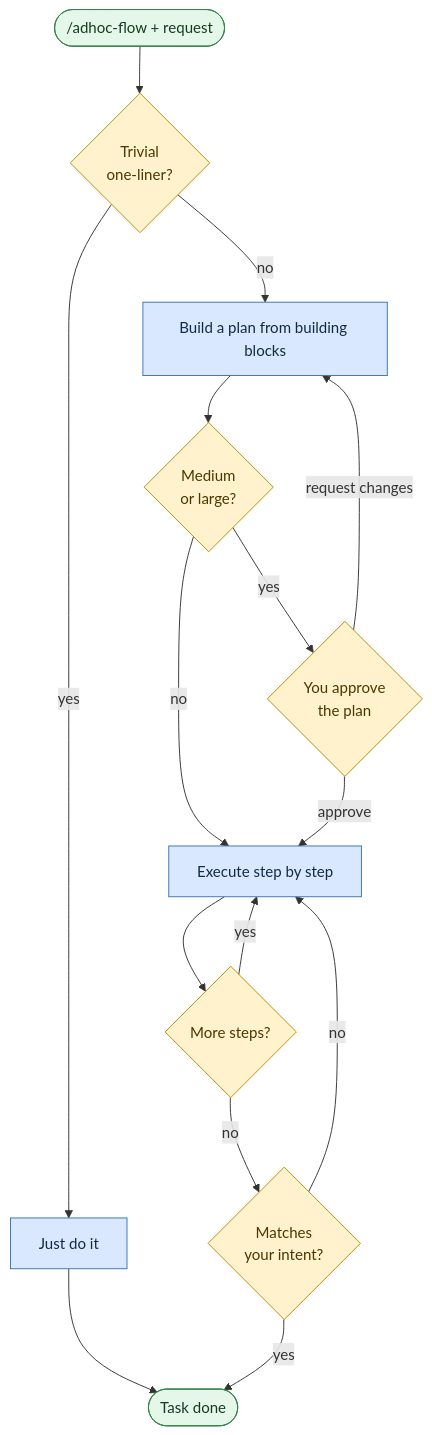
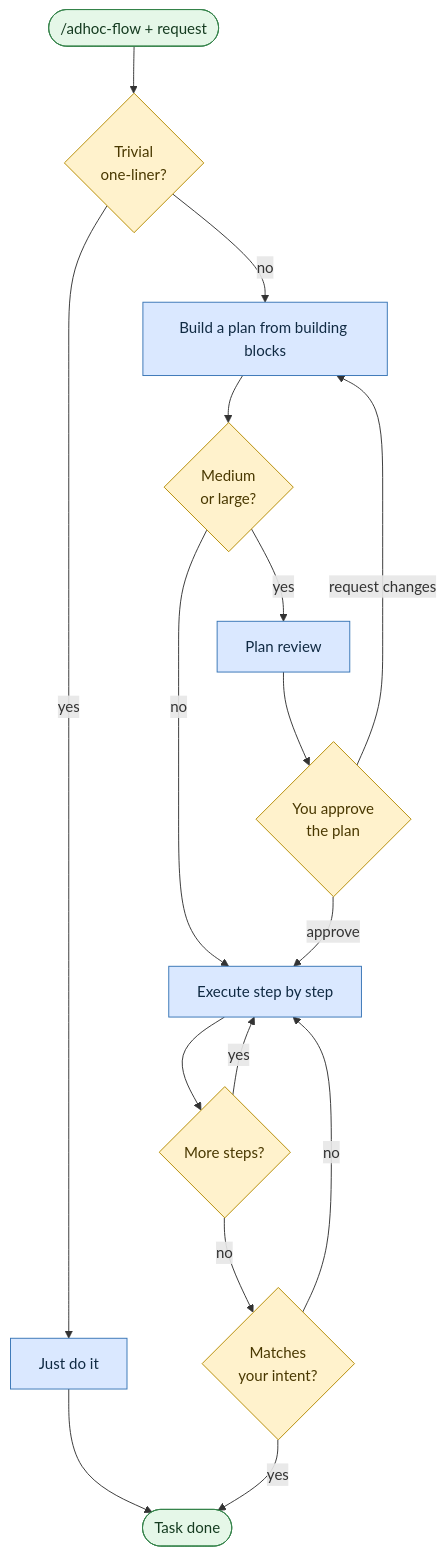
The diagram in user-guide/scenarios/adhoc-task.md (atomicdjt/rosetta), drawn with Mermaid before and after one commit. The commit also changed other lines of this file and 86 other files, not shown here.

````diff
--- a/user-guide/scenarios/adhoc-task.md
+++ b/user-guide/scenarios/adhoc-task.md
@@ -23,24 +23,25 @@
 ```mermaid
 flowchart TB
     Start(["/adhoc-flow + request"]) --> Triv{"Trivial <br>one-liner?"}
     Triv -->|yes| Do["Just do it"]
     Do --> Done(["Task done"])
     Triv -->|no| Build["Build a plan from building blocks"]
     Build --> Size{"Medium <br>or large?"}
-    Size -->|yes| G1{"You approve <br>the plan"}
+    Size -->|yes| RevPlan["Plan review"]
+    RevPlan --> G1{"You approve <br>the plan"}
     Size -->|no| Exec["Execute step by step"]
     G1 -->|request changes| Build
     G1 -->|approve| Exec
     Exec --> More{"More steps?"}
     More -->|yes| Exec
     More -->|no| Intent{"Matches <br>your intent?"}
     Intent -->|no| Exec
     Intent -->|yes| Done
 
     classDef step fill:#dae8ff,stroke:#3674b5,color:#102a43;
     classDef gate fill:#fff2cc,stroke:#b58b00,color:#493800;
     classDef done fill:#e5f7e8,stroke:#35834a,color:#153b20;
-    class Do,Build,Exec step;
+    class Do,Build,RevPlan,Exec step;
     class Triv,Size,G1,More,Intent gate;
     class Start,Done done;
 ```
````
